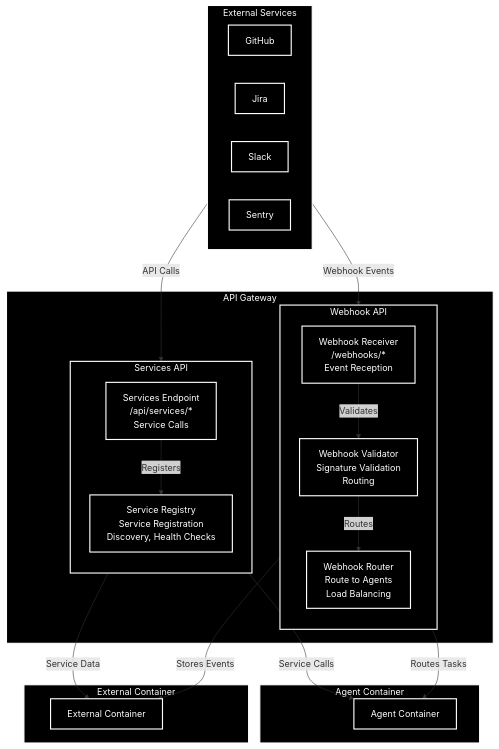
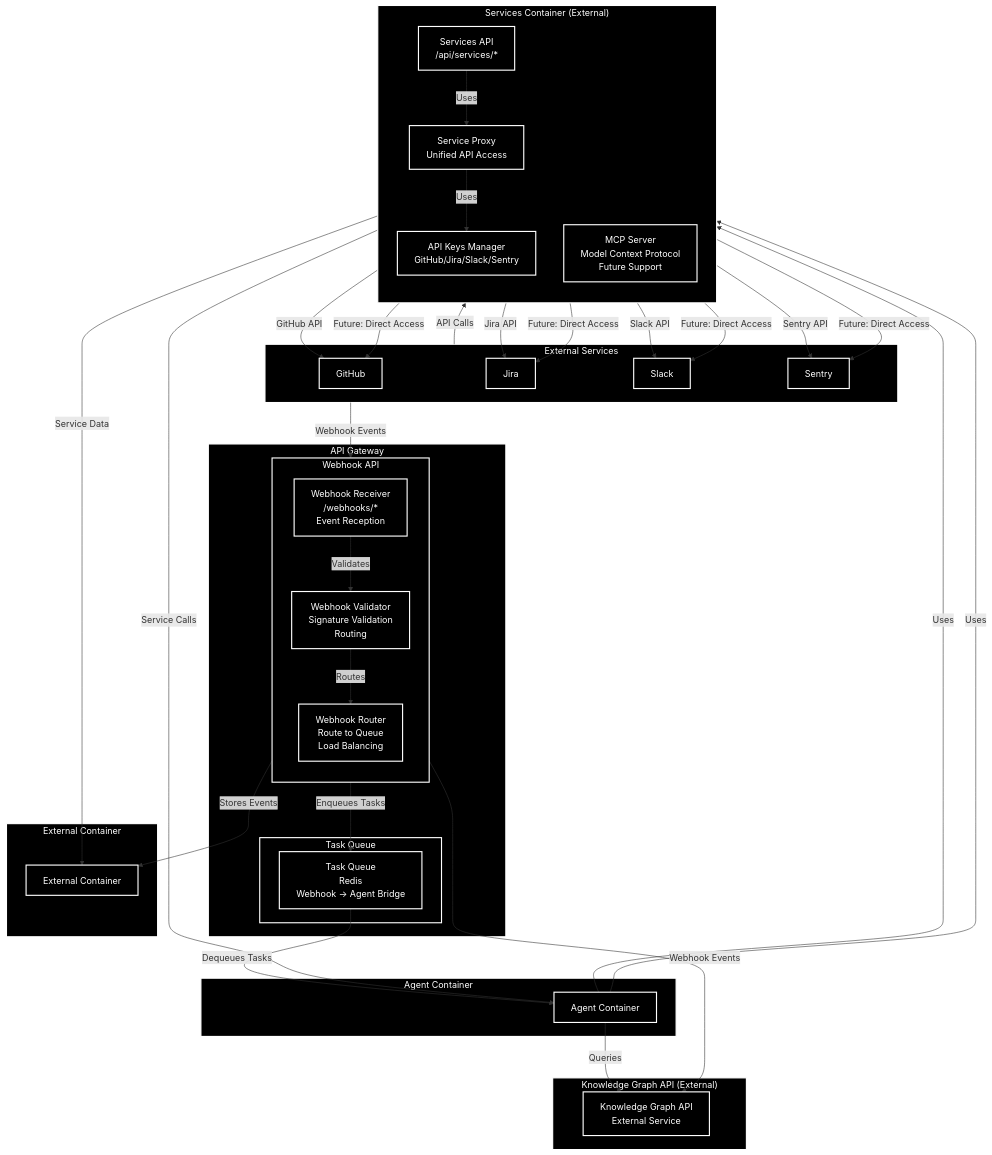
Before and after one commit to rom-orlovich/agents-system: the fifth of 14 diagrams in claude-code-agent/docs/ARCHITECTURE_PROPOSED_MERMAID.md, drawn with Mermaid. The commit also changed other lines of this file and 3 other files, not shown here.

````diff
--- a/claude-code-agent/docs/ARCHITECTURE_PROPOSED_MERMAID.md
+++ b/claude-code-agent/docs/ARCHITECTURE_PROPOSED_MERMAID.md
@@ -184,48 +264,74 @@
 ```mermaid
 graph TB
     subgraph Services["External Services"]
         GitHub["GitHub"]
         Jira["Jira"]
         Slack["Slack"]
         Sentry["Sentry"]
     end
 
     subgraph APIGateway["API Gateway"]
         subgraph WebhookAPI["Webhook API"]
             direction TB
             Receiver["Webhook Receiver<br/>/webhooks/*<br/>Event Reception"]
             Validator["Webhook Validator<br/>Signature Validation<br/>Routing"]
-            Router["Webhook Router<br/>Route to Agents<br/>Load Balancing"]
+            Router["Webhook Router<br/>Route to Queue<br/>Load Balancing"]
         end
 
-        subgraph ServicesAPI["Services API"]
-            direction TB
-            Endpoint["Services Endpoint<br/>/api/services/*<br/>Service Calls"]
-            Registry["Service Registry<br/>Service Registration<br/>Discovery, Health Checks"]
+        subgraph TaskQueue["Task Queue"]
+            Queue["Task Queue<br/>Redis<br/>Webhook → Agent Bridge"]
         end
+    end
+
+    subgraph ServicesContainer["Services Container (External)"]
+        direction TB
+        ServicesAPI["Services API<br/>/api/services/*"]
+        MCP["MCP Server<br/>Model Context Protocol<br/>Future Support"]
+        APIKeyManager["API Keys Manager<br/>GitHub/Jira/Slack/Sentry"]
+        ServiceProxy["Service Proxy<br/>Unified API Access"]
     end
 
     subgraph Agent["Agent Container"]
         AgentContainer["Agent Container"]
     end
 
     subgraph External["External Container"]
         ExternalContainer["External Container"]
     end
 
+    subgraph KnowledgeGraph["Knowledge Graph API (External)"]
+        KGAPI["Knowledge Graph API<br/>External Service"]
+    end
+
     Services -->|Webhook Events| Receiver
-    Services -->|API Calls| Endpoint
+    Services -->|API Calls| ServicesAPI
 
     Receiver -->|Validates| Validator
     Validator -->|Routes| Router
-    Router -->|Routes Tasks| AgentContainer
+    Router -->|Enqueues Tasks| Queue
+    Router -->|Webhook Events| KGAPI
+    Queue -->|Dequeues Tasks| AgentContainer
     Router -->|Stores Events| ExternalContainer
 
-    Endpoint -->|Service Calls| AgentContainer
-    Endpoint -->|Service Data| ExternalContainer
-    Endpoint -->|Registers| Registry
+    ServicesAPI -->|Service Calls| AgentContainer
+    ServicesAPI -->|Service Data| ExternalContainer
+    ServicesAPI -->|Uses| ServiceProxy
+    ServiceProxy -->|Uses| APIKeyManager
+    ServiceProxy -->|GitHub API| GitHub
+    ServiceProxy -->|Jira API| Jira
+    ServiceProxy -->|Slack API| Slack
+    ServiceProxy -->|Sentry API| Sentry
+
+    MCP -->|Future: Direct Access| GitHub
+    MCP -->|Future: Direct Access| Jira
+    MCP -->|Future: Direct Access| Slack
+    MCP -->|Future: Direct Access| Sentry
+
+    AgentContainer -->|Queries| KGAPI
+    AgentContainer -->|Uses| ServicesAPI
+    AgentContainer -->|Uses| MCP
 
     classDef defaultNode fill:#000000,stroke:#ffffff,stroke-width:2px,color:#ffffff
 
-    class Services,GitHub,Jira,Slack,Sentry,APIGateway,WebhookAPI,Receiver,Validator,Router,ServicesAPI,Endpoint,Registry,Agent,AgentContainer,External,ExternalContainer defaultNode
+    class Services,GitHub,Jira,Slack,Sentry,APIGateway,WebhookAPI,Receiver,Validator,Router,TaskQueue,Queue,ServicesContainer,ServicesAPI,MCP,APIKeyManager,ServiceProxy,Agent,AgentContainer,External,ExternalContainer,KnowledgeGraph,KGAPI defaultNode
 ```
````
